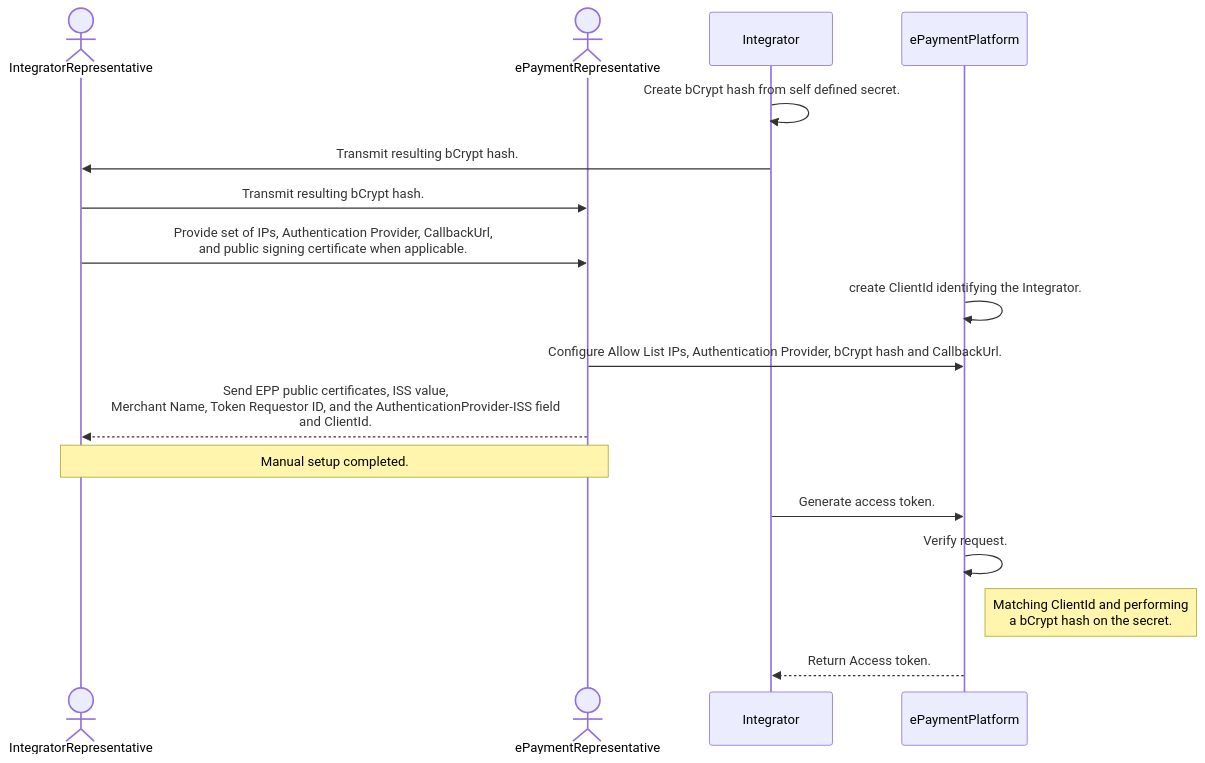
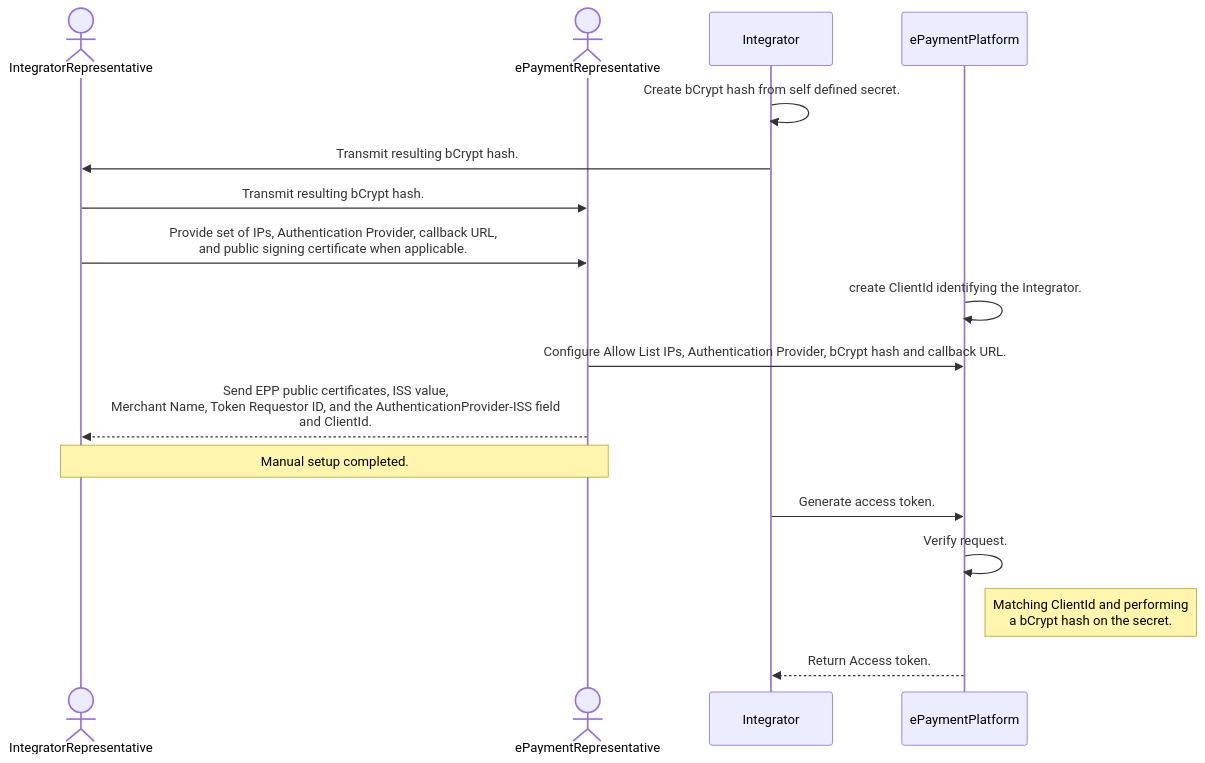
The diagram in docs/getting_started.md (BankAxept/bankaxept-epayment-development-kit), drawn with Mermaid before and after one commit. The commit also changed other lines of this file and 11 other files, not shown here.

````diff
--- a/docs/getting_started.md
+++ b/docs/getting_started.md
@@ -70,19 +71,19 @@
 ```mermaid
 sequenceDiagram
     actor IntegratorRepresentative
     actor ePaymentRepresentative
     participant Integrator
     participant ePaymentPlatform
     Integrator ->> Integrator: Create bCrypt hash from self defined secret.
     Integrator ->> IntegratorRepresentative: Transmit resulting bCrypt hash.
     IntegratorRepresentative ->> ePaymentRepresentative: Transmit resulting bCrypt hash.
-    IntegratorRepresentative ->> ePaymentRepresentative: Provide set of IPs, Authentication Provider, CallbackUrl,<br/>and public signing certificate when applicable.
+    IntegratorRepresentative ->> ePaymentRepresentative: Provide set of IPs, Authentication Provider, callback URL,<br/>and public signing certificate when applicable.
     ePaymentPlatform ->> ePaymentPlatform: create ClientId identifying the Integrator.
-    ePaymentRepresentative ->> ePaymentPlatform: Configure Allow List IPs, Authentication Provider, bCrypt hash and CallbackUrl.
+    ePaymentRepresentative ->> ePaymentPlatform: Configure Allow List IPs, Authentication Provider, bCrypt hash and callback URL.
     ePaymentRepresentative -->> IntegratorRepresentative: Send EPP public certificates, ISS value, <br/> Merchant Name, Token Requestor ID, and the AuthenticationProvider-ISS field <br/> and ClientId.
     Note over IntegratorRepresentative, ePaymentRepresentative: Manual setup completed.
     Integrator ->> ePaymentPlatform: Generate access token.
     ePaymentPlatform ->> ePaymentPlatform: Verify request.
     Note right of ePaymentPlatform: Matching ClientId and performing <br/> a bCrypt hash on the secret.
     ePaymentPlatform -->> Integrator: Return Access token.
 ```
````
